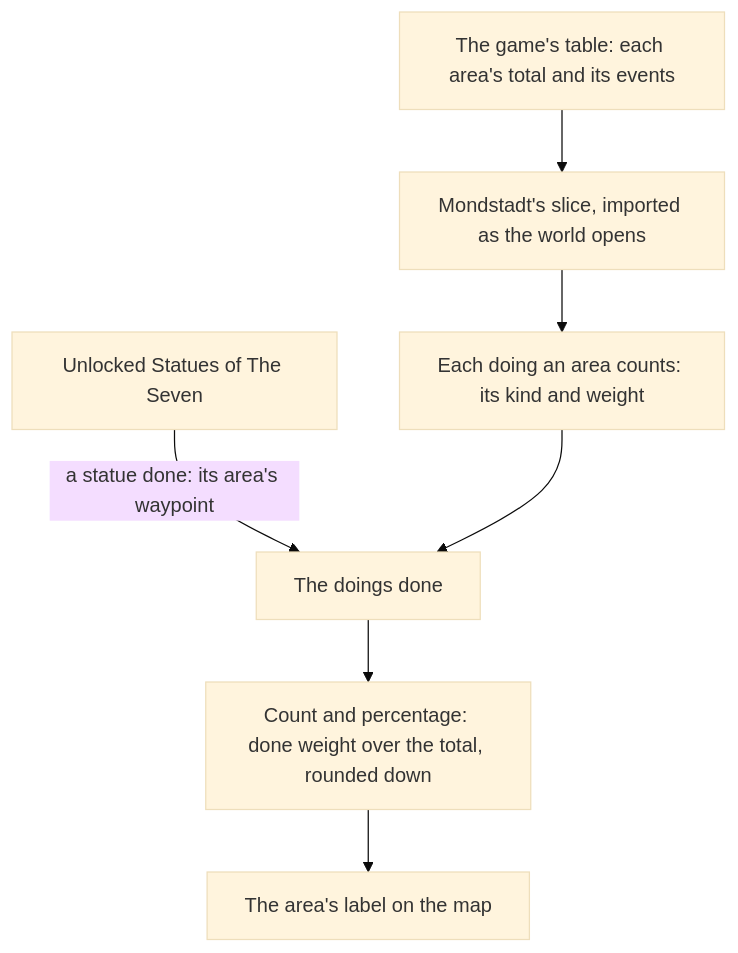
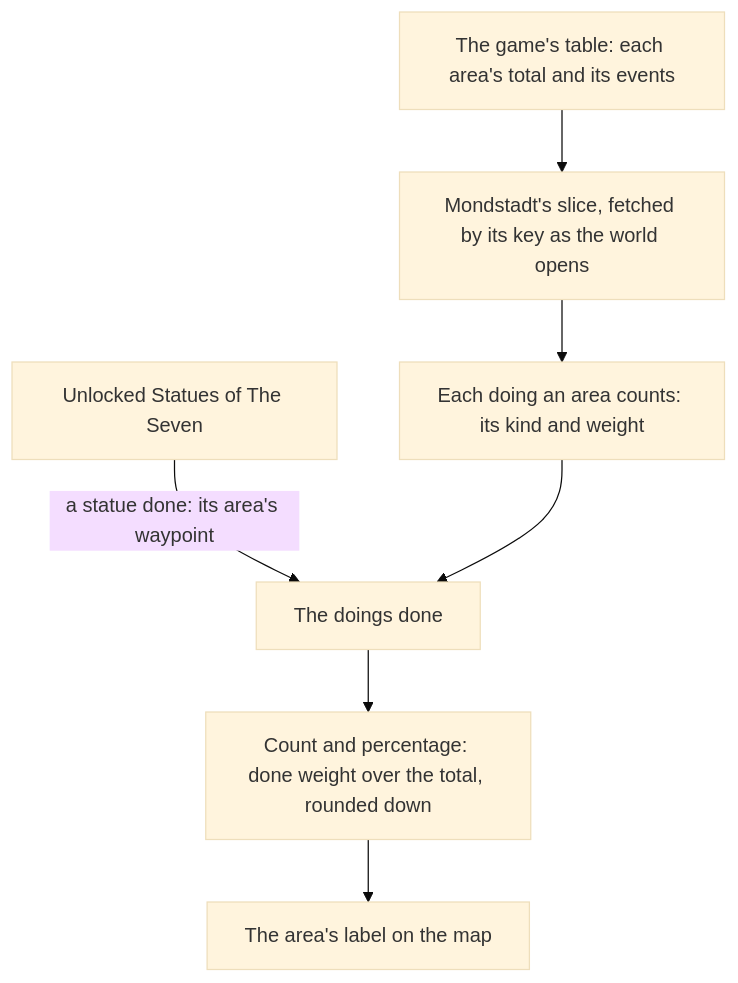
One commit to Esposter/Esposter changed the diagram in apps/web/content/docs/genshin/exploration-progress.md. Above: the diagram before and after it, drawn with Mermaid (base theme). The commit also changed other lines of this file and 68 other files, not shown here.

First line of the commit message:
feat(genshin-world): the world's text, archive, quest, card game, gathering, map and friendship tables are read from the hosted game data

````diff
--- a/apps/web/content/docs/genshin/exploration-progress.md
+++ b/apps/web/content/docs/genshin/exploration-progress.md
@@ -12,9 +12,9 @@
 ```mermaid
 flowchart TD
-  T["The game's table: each area's total and its events"] --> S["Mondstadt's slice, imported as the world opens"]
+  T["The game's table: each area's total and its events"] --> S["Mondstadt's slice, fetched by its key as the world opens"]
   S --> K["Each doing an area counts: its kind and weight"]
   U["Unlocked Statues of The Seven"] -->|"a statue done: its area's waypoint"| D["The doings done"]
   K --> D
   D --> C["Count and percentage: done weight over the total, rounded down"]
   C --> L["The area's label on the map"]
 ```
````
